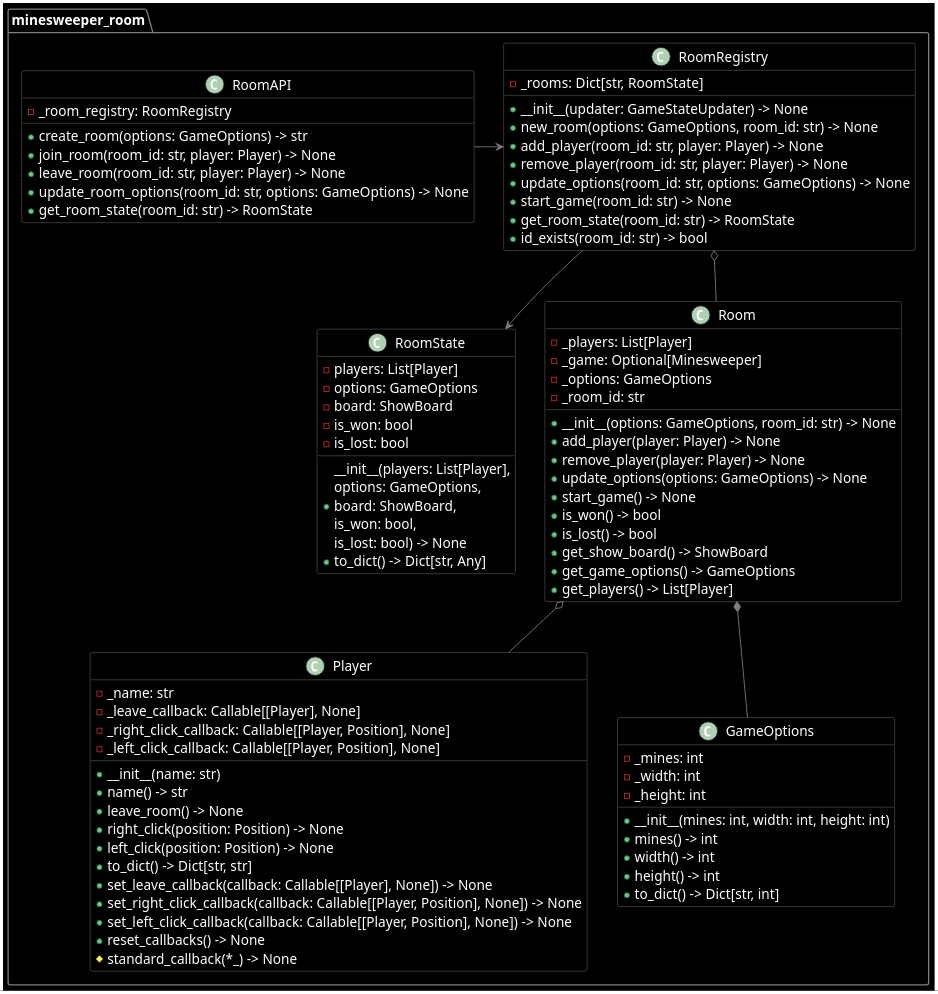
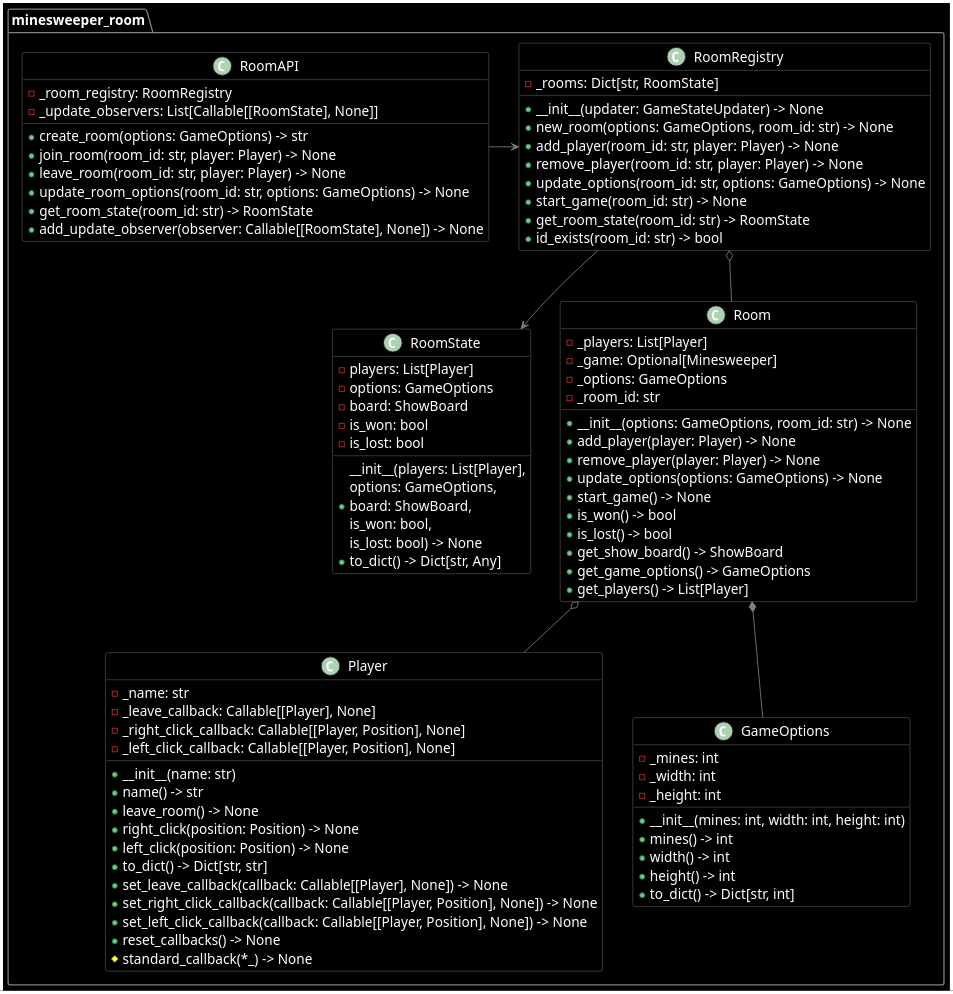
The diagram in doc/minesweeper_room-diagram.puml (HampusSiik/minesweeper-with-friends), drawn with PlantUML before and after one commit. The commit also changed 1 other file, not shown here.

Commit message:
Add observer pattern to RoomAPI for room state updates

```diff
--- a/doc/minesweeper_room-diagram.puml
+++ b/doc/minesweeper_room-diagram.puml
@@ -1,126 +1,128 @@
 @startuml minesweeper_room
 
 skinparam {
 
     DefaultFontColor White
     DefaultFontName Monospace
     DefaultFontSize 16
     DefaultBorderColor White
     ArrowColor Gray
 
     BackgroundColor Black
     BorderColor Gray
     FontColor White
 
     class {
         BackgroundColor Black
         BorderColor Gray
     }
 
     package {
         BackgroundColor Black
         BorderColor Gray
     }
 
 }
 
 package minesweeper_room {
 
     class RoomState {
         - players: List[Player]
         - options: GameOptions
         - board: ShowBoard
         - is_won: bool
         - is_lost: bool
         + __init__(players: List[Player],\noptions: GameOptions,\nboard: ShowBoard,\nis_won: bool,\nis_lost: bool) -> None
         + to_dict() -> Dict[str, Any]
     }
 
     class RoomAPI {
         - _room_registry: RoomRegistry
+        - _update_observers: List[Callable[[RoomState], None]]
 
         + create_room(options: GameOptions) -> str
         + join_room(room_id: str, player: Player) -> None
         + leave_room(room_id: str, player: Player) -> None
         + update_room_options(room_id: str, options: GameOptions) -> None
         + get_room_state(room_id: str) -> RoomState
+        + add_update_observer(observer: Callable[[RoomState], None]) -> None
     }
 
     class RoomRegistry {
         - _rooms: Dict[str, RoomState]
         + __init__(updater: GameStateUpdater) -> None
         + new_room(options: GameOptions, room_id: str) -> None
         + add_player(room_id: str, player: Player) -> None
         + remove_player(room_id: str, player: Player) -> None
         + update_options(room_id: str, options: GameOptions) -> None
         + start_game(room_id: str) -> None
         + get_room_state(room_id: str) -> RoomState
         + id_exists(room_id: str) -> bool
     }
 
     class Player {
 
         - _name: str
         - _leave_callback: Callable[[Player], None]
         - _right_click_callback: Callable[[Player, Position], None]
         - _left_click_callback: Callable[[Player, Position], None]
 
         + __init__(name: str)
         + name() -> str
         + leave_room() -> None
         + right_click(position: Position) -> None
         + left_click(position: Position) -> None
         + to_dict() -> Dict[str, str]
         + set_leave_callback(callback: Callable[[Player], None]) -> None
         + set_right_click_callback(callback: Callable[[Player, Position], None]) -> None
         + set_left_click_callback(callback: Callable[[Player, Position], None]) -> None
         + reset_callbacks() -> None
         # standard_callback(*_) -> None
 
     }
 
     class GameOptions {
 
         - _mines: int
         - _width: int
         - _height: int
 
         + __init__(mines: int, width: int, height: int)
         + mines() -> int
         + width() -> int
         + height() -> int
         + to_dict() -> Dict[str, int]
 
     }
 
     class Room {
 
         - _players: List[Player]
         - _game: Optional[Minesweeper]
         - _options: GameOptions
         - _room_id: str
 
         + __init__(options: GameOptions, room_id: str) -> None
         + add_player(player: Player) -> None
         + remove_player(player: Player) -> None
         + update_options(options: GameOptions) -> None
         + start_game() -> None
         + is_won() -> bool
         + is_lost() -> bool
         + get_show_board() -> ShowBoard
         + get_game_options() -> GameOptions
         + get_players() -> List[Player]
 
     }
 
     RoomAPI -> RoomRegistry
     RoomRegistry --> RoomState
 
     Room o-- Player
     Room *-- GameOptions
 
     RoomRegistry o-- Room
 
 }
 
 @enduml
```
